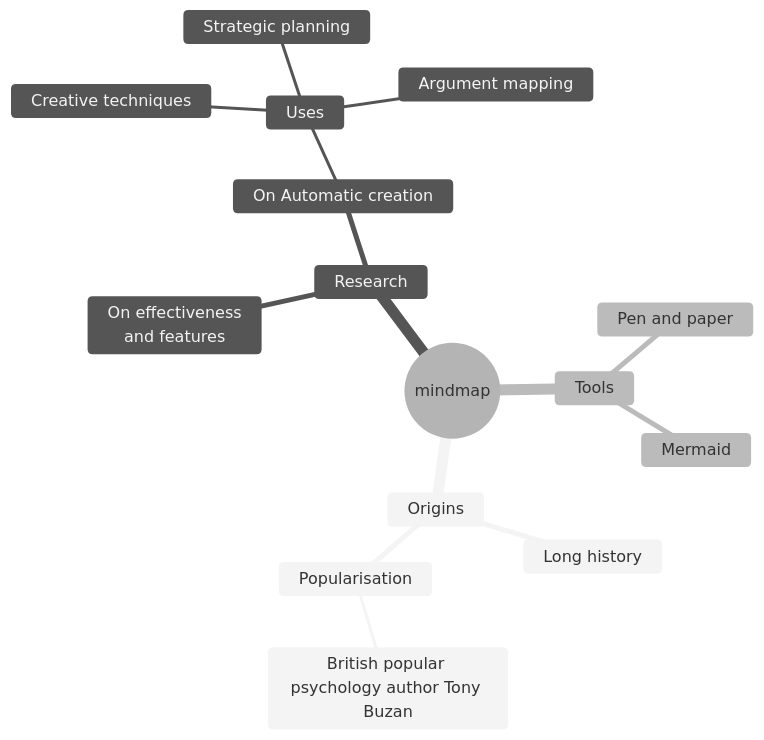
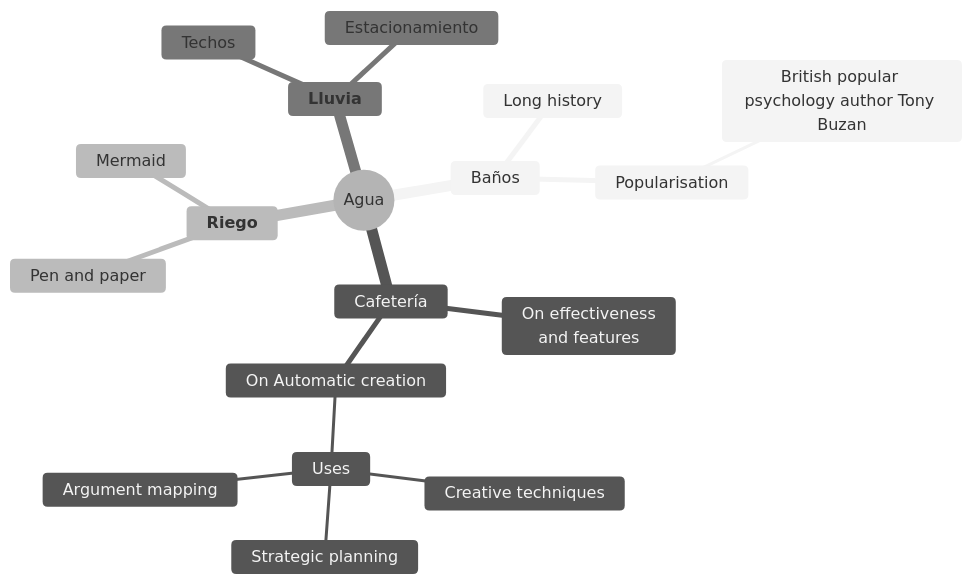
One commit to Aristarco/Pry_ingenieria changed the diagram in docs/semana1.md. Above: the diagram before and after it, drawn with Mermaid (neutral theme). The commit also changed other lines of this file, not shown here.

````diff
--- a/docs/semana1.md
+++ b/docs/semana1.md
@@ -9,21 +22,23 @@
 ``` mermaid
 
 mindmap
-  root((mindmap))
-    Origins
+  root((Agua))
+    Baños
       Long history
       ::icon(fa fa-book)
       Popularisation
         British popular psychology author Tony Buzan
-    Research
+    Cafetería
       On effectiveness<br/>and features
       On Automatic creation
         Uses
             Creative techniques
             Strategic planning
             Argument mapping
-    Tools
+    **Riego**
       Pen and paper
       Mermaid
-
+    **Lluvia**
+        Techos
+        Estacionamiento
 ```
````
